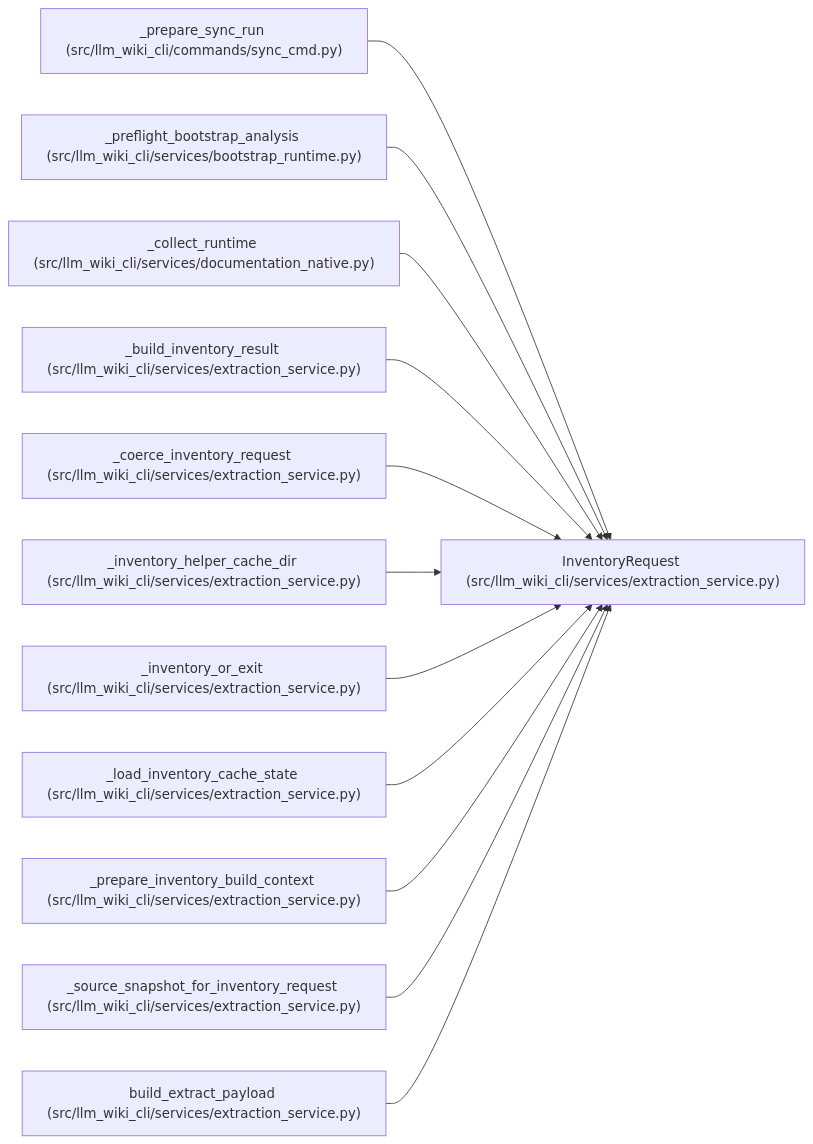
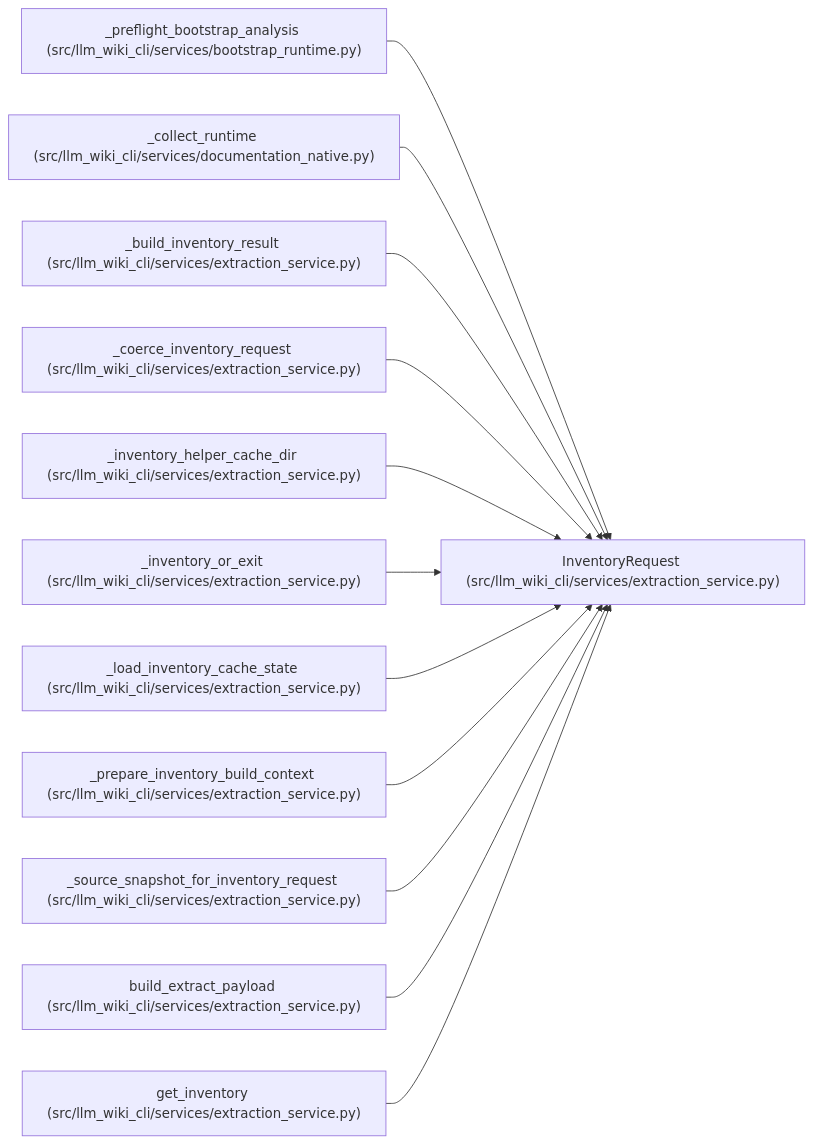
Before and after one commit to Denissvgn/python-wiki-llm: the diagram in docs/llm_wiki/entities/InventoryRequest.md, drawn with Mermaid. The commit also changed other lines of this file and 1555 other files, not shown here.

````diff
--- a/docs/llm_wiki/entities/InventoryRequest.md
+++ b/docs/llm_wiki/entities/InventoryRequest.md
@@ -53,38 +53,38 @@
 ```mermaid
 flowchart LR
     n0["InventoryRequest (src/llm_wiki_cli/services/extraction_service.py)"]
-    n1["_prepare_sync_run (src/llm_wiki_cli/commands/sync_cmd.py)"]
-    n2["_preflight_bootstrap_analysis (src/llm_wiki_cli/services/bootstrap_runtime.py)"]
-    n3["_collect_runtime (src/llm_wiki_cli/services/documentation_native.py)"]
-    n4["_build_inventory_result (src/llm_wiki_cli/services/extraction_service.py)"]
-    n5["_coerce_inventory_request (src/llm_wiki_cli/services/extraction_service.py)"]
-    n6["_inventory_helper_cache_dir (src/llm_wiki_cli/services/extraction_service.py)"]
-    n7["_inventory_or_exit (src/llm_wiki_cli/services/extraction_service.py)"]
-    n8["_load_inventory_cache_state (src/llm_wiki_cli/services/extraction_service.py)"]
-    n9["_prepare_inventory_build_context (src/llm_wiki_cli/services/extraction_service.py)"]
-    n10["_source_snapshot_for_inventory_request (src/llm_wiki_cli/services/extraction_service.py)"]
-    n11["build_extract_payload (src/llm_wiki_cli/services/extraction_service.py)"]
+    n1["_preflight_bootstrap_analysis (src/llm_wiki_cli/services/bootstrap_runtime.py)"]
+    n2["_collect_runtime (src/llm_wiki_cli/services/documentation_native.py)"]
+    n3["_build_inventory_result (src/llm_wiki_cli/services/extraction_service.py)"]
+    n4["_coerce_inventory_request (src/llm_wiki_cli/services/extraction_service.py)"]
+    n5["_inventory_helper_cache_dir (src/llm_wiki_cli/services/extraction_service.py)"]
+    n6["_inventory_or_exit (src/llm_wiki_cli/services/extraction_service.py)"]
+    n7["_load_inventory_cache_state (src/llm_wiki_cli/services/extraction_service.py)"]
+    n8["_prepare_inventory_build_context (src/llm_wiki_cli/services/extraction_service.py)"]
+    n9["_source_snapshot_for_inventory_request (src/llm_wiki_cli/services/extraction_service.py)"]
+    n10["build_extract_payload (src/llm_wiki_cli/services/extraction_service.py)"]
+    n11["get_inventory (src/llm_wiki_cli/services/extraction_service.py)"]
     n1 --> n0
     n2 --> n0
     n3 --> n0
     n4 --> n0
     n5 --> n0
     n6 --> n0
     n7 --> n0
     n8 --> n0
     n9 --> n0
     n10 --> n0
     n11 --> n0
     click n0 "../modules/extraction_service.md"
-    click n1 "../modules/sync_cmd.md"
-    click n2 "../modules/bootstrap_runtime.md"
-    click n3 "../modules/documentation_native.md"
+    click n1 "../modules/bootstrap_runtime.md"
+    click n2 "../modules/documentation_native.md"
+    click n3 "../modules/extraction_service.md"
     click n4 "../modules/extraction_service.md"
     click n5 "../modules/extraction_service.md"
     click n6 "../modules/extraction_service.md"
     click n7 "../modules/extraction_service.md"
     click n8 "../modules/extraction_service.md"
     click n9 "../modules/extraction_service.md"
     click n10 "../modules/extraction_service.md"
     click n11 "../modules/extraction_service.md"
 ```
````
